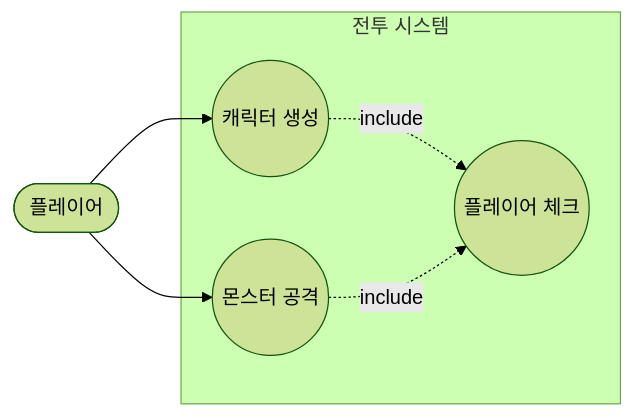
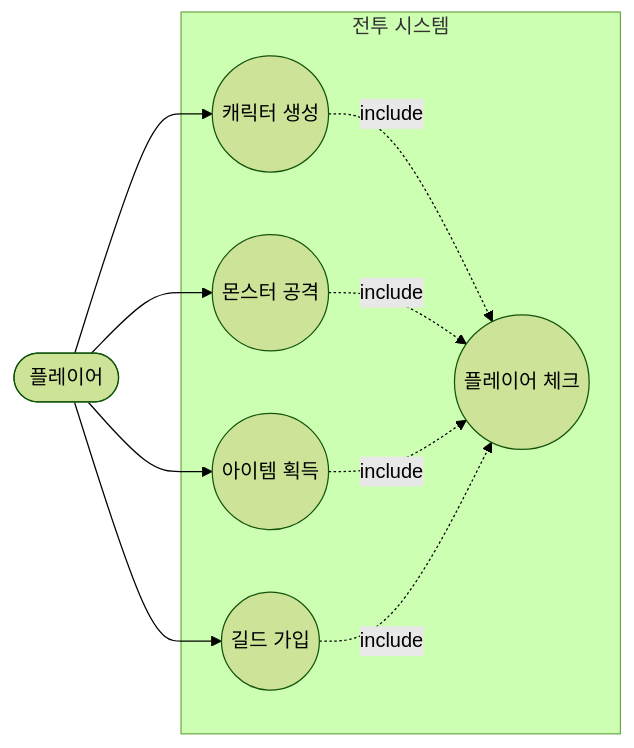
One commit to Soobin-Choi22/DnF_Battle_C_03 changed the diagram in UseCaseDiagram.md. Above: the diagram before and after it, drawn with Mermaid (forest theme). The commit also changed 5 other files, not shown here.

````diff
--- a/UseCaseDiagram.md
+++ b/UseCaseDiagram.md
@@ -3,19 +3,25 @@
 ```mermaid
 flowchart LR
 
     Player([플레이어])
 
     subgraph SYSTEM["전투 시스템"]
     
         UC_Create((캐릭터 생성))
         UC_Attack((몬스터 공격))
+	UC_GetItem((아이템 획득))
+        UC_JoinGuild((길드 가입))
         UC_Check((플레이어 체크))
 
         UC_Create -. include .-> UC_Check
         UC_Attack -. include .-> UC_Check
+	UC_GetItem -. include .-> UC_Check
+        UC_JoinGuild -. include .-> UC_Check
 
     end
 
     Player --> UC_Create
     Player --> UC_Attack
+    Player --> UC_GetItem
+    Player --> UC_JoinGuild
 ```
````
